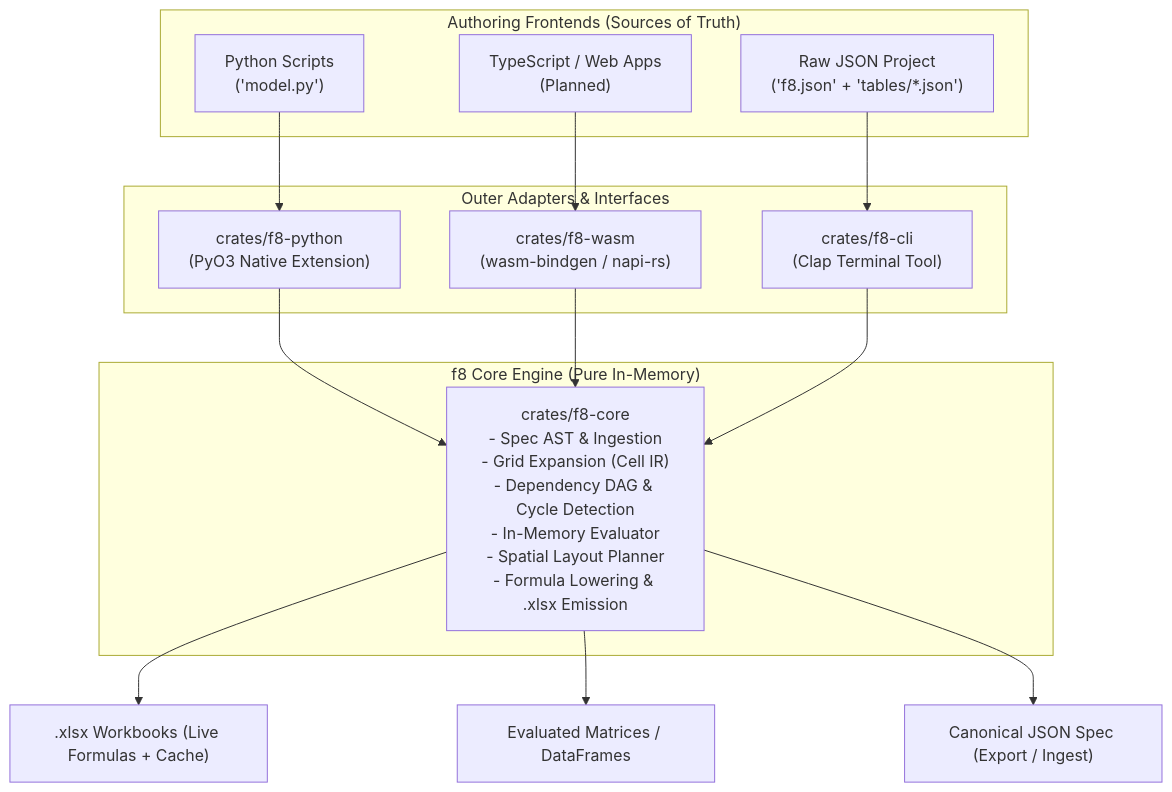
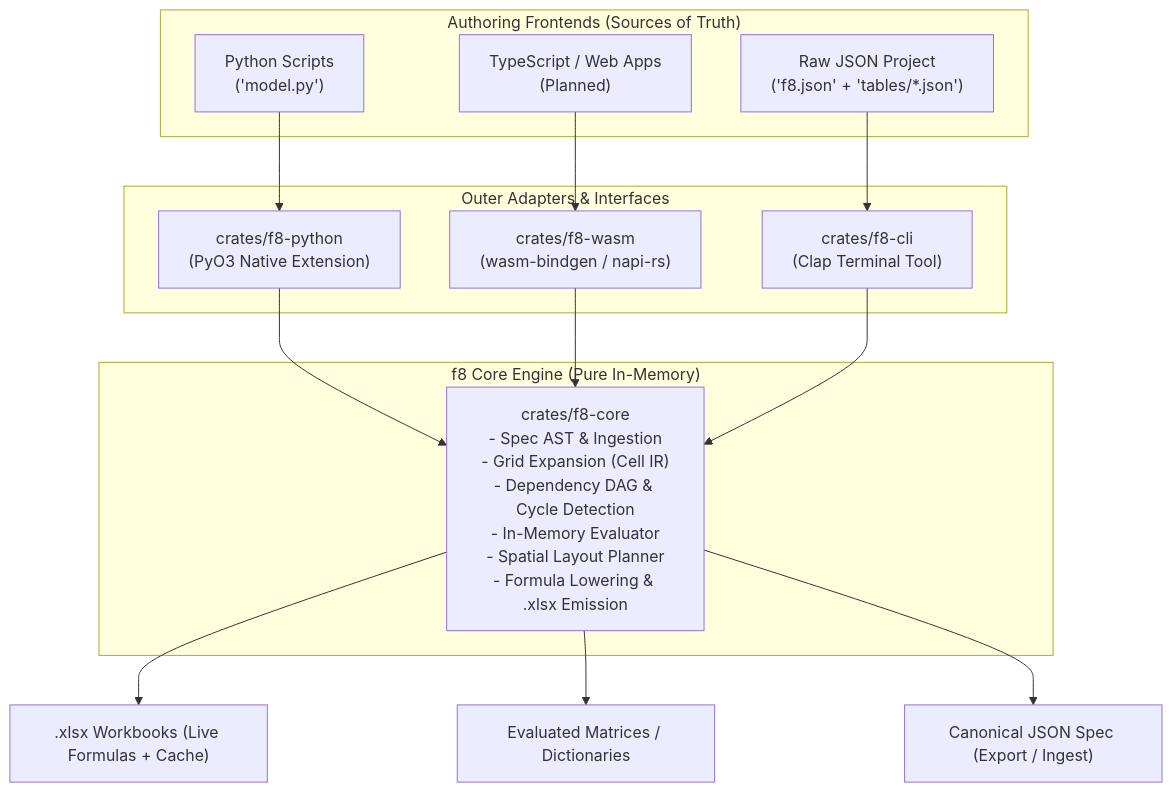
One commit to mhcfa/f8 changed the diagram in docs/interfaces/sdk.md. Above: the diagram before and after it, drawn with Mermaid. The commit also changed other lines of this file and 3 other files, not shown here.

First line of the commit message:
docs(sdk): add native pyo3 extension draft and refine sdk architecture

````diff
--- a/docs/interfaces/sdk.md
+++ b/docs/interfaces/sdk.md
@@ -17,30 +17,30 @@
 ```mermaid
 flowchart TD
     subgraph Frontends ["Authoring Frontends (Sources of Truth)"]
         PY["Python Scripts\n('model.py')"]
         TS["TypeScript / Web Apps\n(Planned)"]
         CLI_SPEC["Raw JSON Project\n('f8.json' + 'tables/*.json')"]
     end
 
     subgraph Sibling Adapters ["Outer Adapters & Interfaces"]
         F8_PY["crates/f8-python\n(PyO3 Native Extension)"]
         F8_TS["crates/f8-wasm\n(wasm-bindgen / napi-rs)"]
         F8_CLI["crates/f8-cli\n(Clap Terminal Tool)"]
     end
 
     subgraph Core Engine ["f8 Core Engine (Pure In-Memory)"]
         CORE["crates/f8-core\n- Spec AST & Ingestion\n- Grid Expansion (Cell IR)\n- Dependency DAG & Cycle Detection\n- In-Memory Evaluator\n- Spatial Layout Planner\n- Formula Lowering & .xlsx Emission"]
     end
 
     PY --> F8_PY
     TS --> F8_TS
     CLI_SPEC --> F8_CLI
 
     F8_PY --> CORE
     F8_TS --> CORE
     F8_CLI --> CORE
 
     CORE --> OUT1[".xlsx Workbooks (Live Formulas + Cache)"]
-    CORE --> OUT2["Evaluated Matrices / DataFrames"]
+    CORE --> OUT2["Evaluated Matrices / Dictionaries"]
     CORE --> OUT3["Canonical JSON Spec (Export / Ingest)"]
 ```
````
